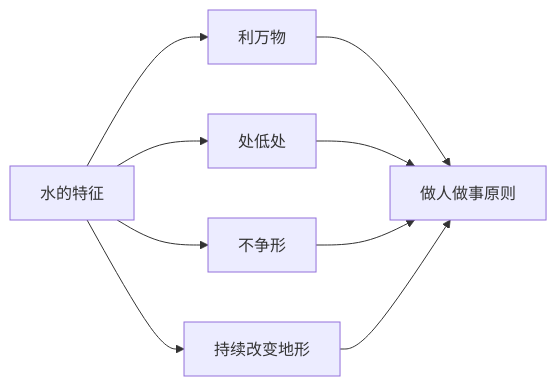
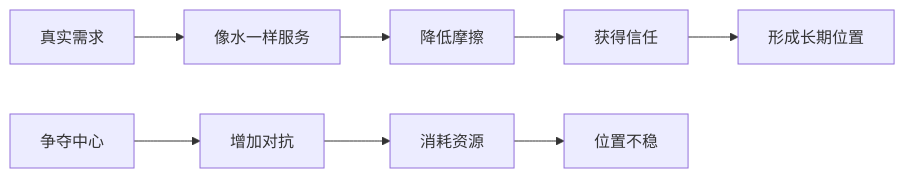
One commit to digoal/blog changed the second of 3 diagrams in 202605/20260518_40.md. Above: the diagram before and after it, drawn with Mermaid. The commit also changed other lines of this file and 26 other files, not shown here.

````diff
--- a/202605/20260518_40.md
+++ b/202605/20260518_40.md
@@ -21,11 +76,10 @@
 ```mermaid
 flowchart LR
-  A["水的特征"] --> B["利万物"]
-  A --> C["处低处"]
-  A --> D["不争形"]
-  A --> E["持续改变地形"]
-  B --> F["做人做事原则"]
-  C --> F
-  D --> F
-  E --> F
+  A["真实需求"] --> B["像水一样服务"]
+  B --> C["降低摩擦"]
+  C --> D["获得信任"]
+  D --> E["形成长期位置"]
+  F["争夺中心"] --> G["增加对抗"]
+  G --> H["消耗资源"]
+  H --> I["位置不稳"]
 ```
````
